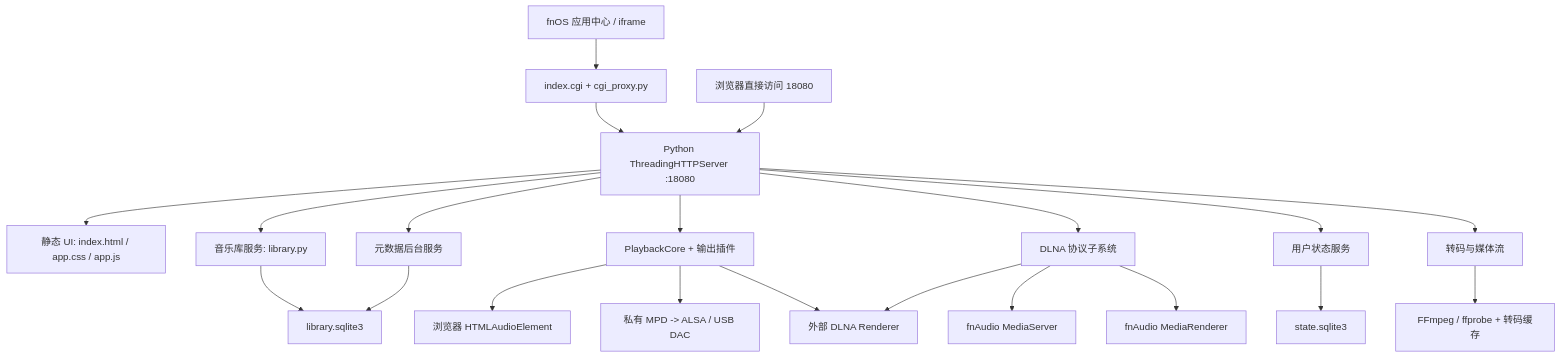
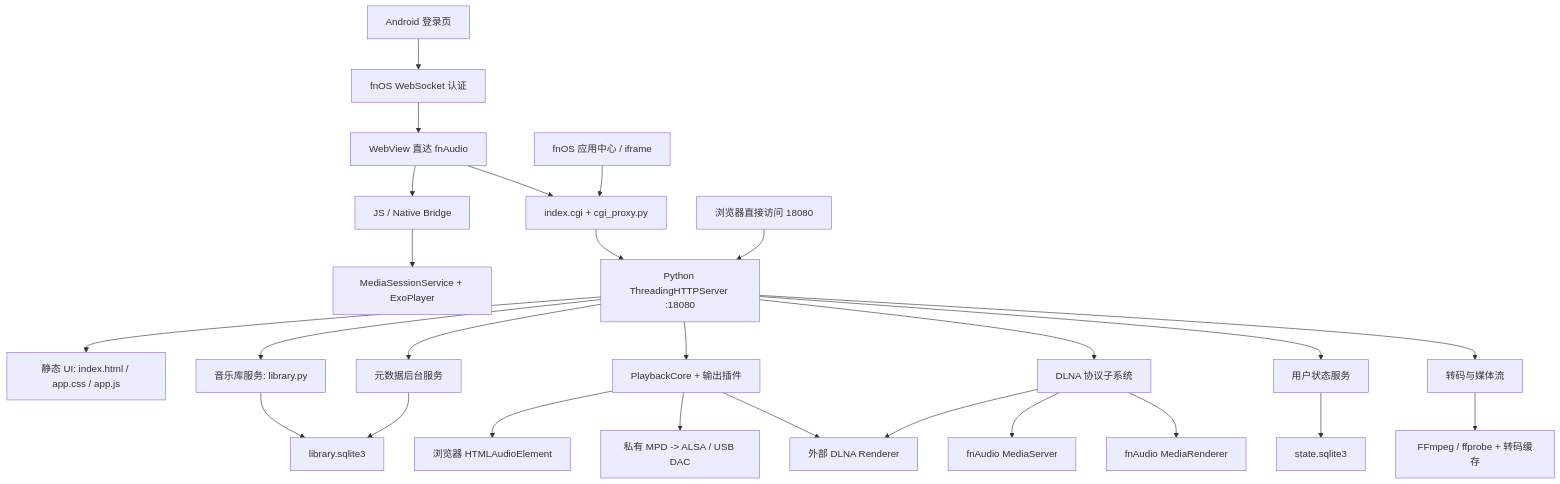
Before and after one commit to vinson023/fnaudio: the diagram in PROJECT_CONTEXT.md, drawn with Mermaid. The commit also changed other lines of this file and 48 other files, not shown here.

````diff
--- a/PROJECT_CONTEXT.md
+++ b/PROJECT_CONTEXT.md
@@ -61,26 +64,31 @@
 ```mermaid
 flowchart TD
+    AA["Android 登录页"] --> AB["fnOS WebSocket 认证"]
+    AB --> AC["WebView 直达 fnAudio"]
+    AC --> B["index.cgi + cgi_proxy.py"]
+    AC --> AD["JS / Native Bridge"]
+    AD --> AE["MediaSessionService + ExoPlayer"]
     A["fnOS 应用中心 / iframe"] --> B["index.cgi + cgi_proxy.py"]
     B --> C["Python ThreadingHTTPServer :18080"]
     D["浏览器直接访问 18080"] --> C
 
     C --> E["静态 UI: index.html / app.css / app.js"]
     C --> F["音乐库服务: library.py"]
     C --> G["PlaybackCore + 输出插件"]
     C --> H["DLNA 协议子系统"]
     C --> I["元数据后台服务"]
     C --> J["用户状态服务"]
     C --> K["转码与媒体流"]
 
     F --> L["library.sqlite3"]
     I --> L
     J --> M["state.sqlite3"]
     K --> N["FFmpeg / ffprobe + 转码缓存"]
 
     G --> O["浏览器 HTMLAudioElement"]
     G --> P["私有 MPD -> ALSA / USB DAC"]
     G --> Q["外部 DLNA Renderer"]
     H --> R["fnAudio MediaServer"]
     H --> S["fnAudio MediaRenderer"]
     H --> Q
 ```
````
